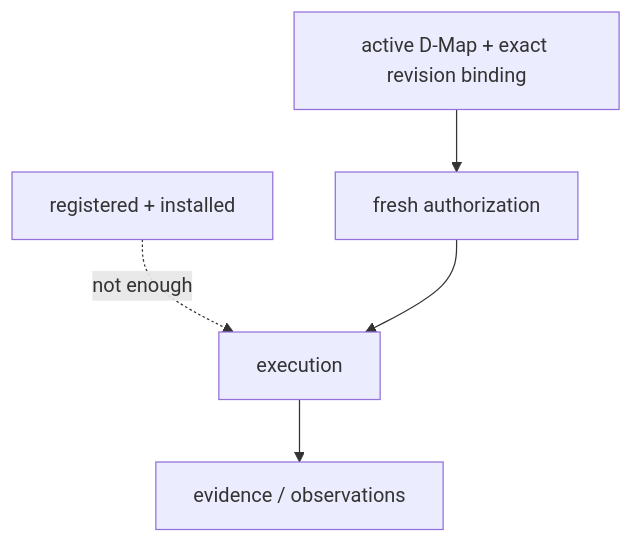
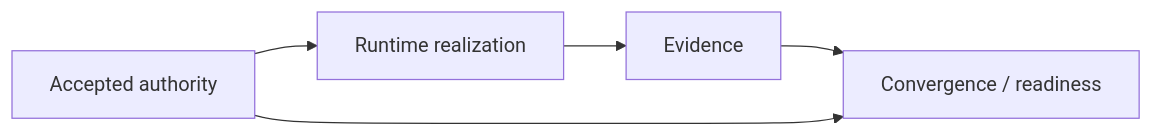
The second of 2 diagrams in docs/architecture/software-components.md (dnredson/datum-docs), drawn with Mermaid before and after one commit. The commit also changed other lines of this file, not shown here.

````diff
--- a/docs/architecture/software-components.md
+++ b/docs/architecture/software-components.md
@@ -156,6 +135,7 @@
 ```mermaid
-flowchart TB
-    AVAILABLE["registered + installed"] -. "not enough" .-> EXEC["execution"]
-    ACTIVE["active D-Map + exact revision binding"] --> AUTH["fresh authorization"] --> EXEC
-    EXEC --> EVID["evidence / observations"]
+flowchart LR
+    AUTH["Accepted authority"] --> REAL["Runtime realization"]
+    REAL --> OBS["Evidence"]
+    OBS --> INTERP["Convergence / readiness"]
+    AUTH --> INTERP
 ```
````
